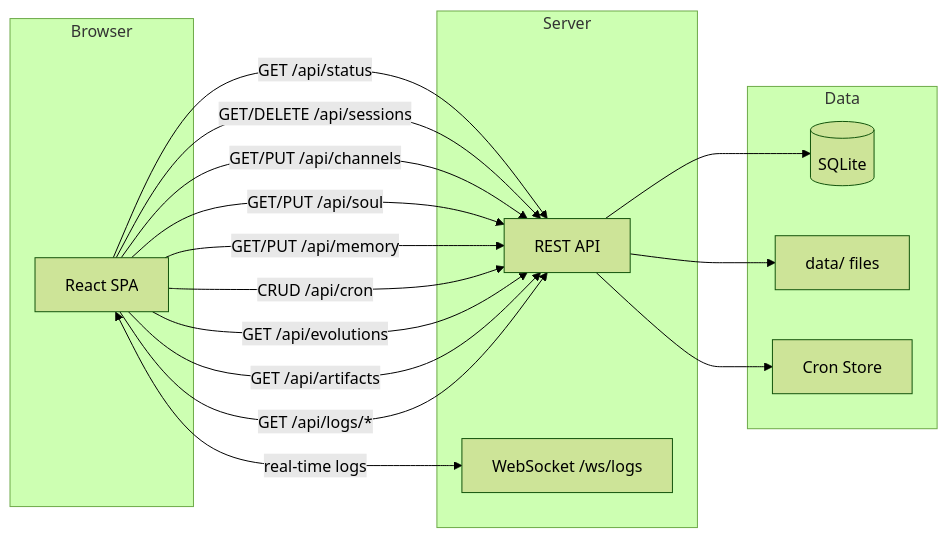
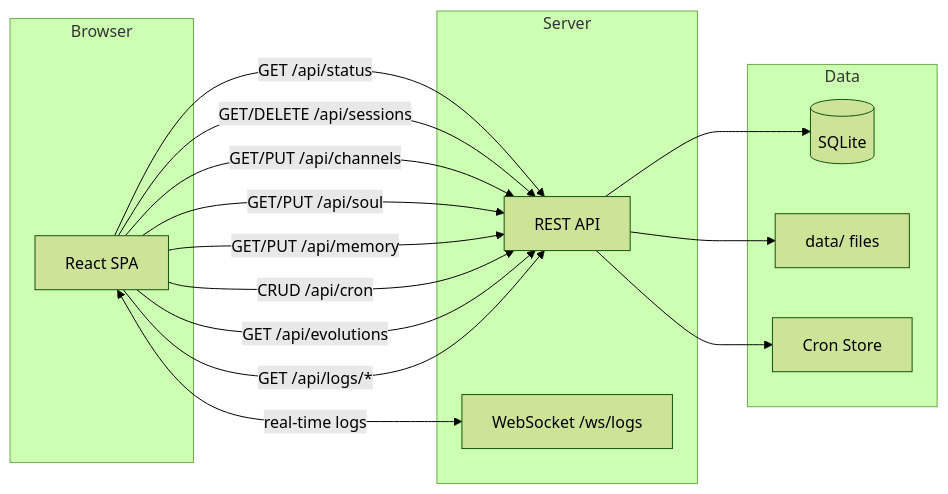
One commit to NaichuanZhang/disclaw changed the fourth of 5 diagrams in README.md. Above: the diagram before and after it, drawn with Mermaid (forest theme). The commit also changed other lines of this file and 54 other files, not shown here.

````diff
--- a/README.md
+++ b/README.md
@@ -512,32 +466,31 @@
 ```mermaid
 graph LR
     subgraph Browser
         UI[React SPA]
     end
 
     subgraph Server
         API[REST API]
         WS[WebSocket /ws/logs]
     end
 
     subgraph Data
         DB[(SQLite)]
         FS[data/ files]
         CRON[Cron Store]
     end
 
     UI -->|GET /api/status| API
     UI -->|GET/DELETE /api/sessions| API
     UI -->|GET/PUT /api/channels| API
     UI -->|GET/PUT /api/soul| API
     UI -->|GET/PUT /api/memory| API
     UI -->|CRUD /api/cron| API
     UI -->|GET /api/evolutions| API
-    UI -->|GET /api/artifacts| API
     UI -->|GET /api/logs/*| API
     UI <-->|real-time logs| WS
 
     API --> DB
     API --> FS
     API --> CRON
 ```
````
